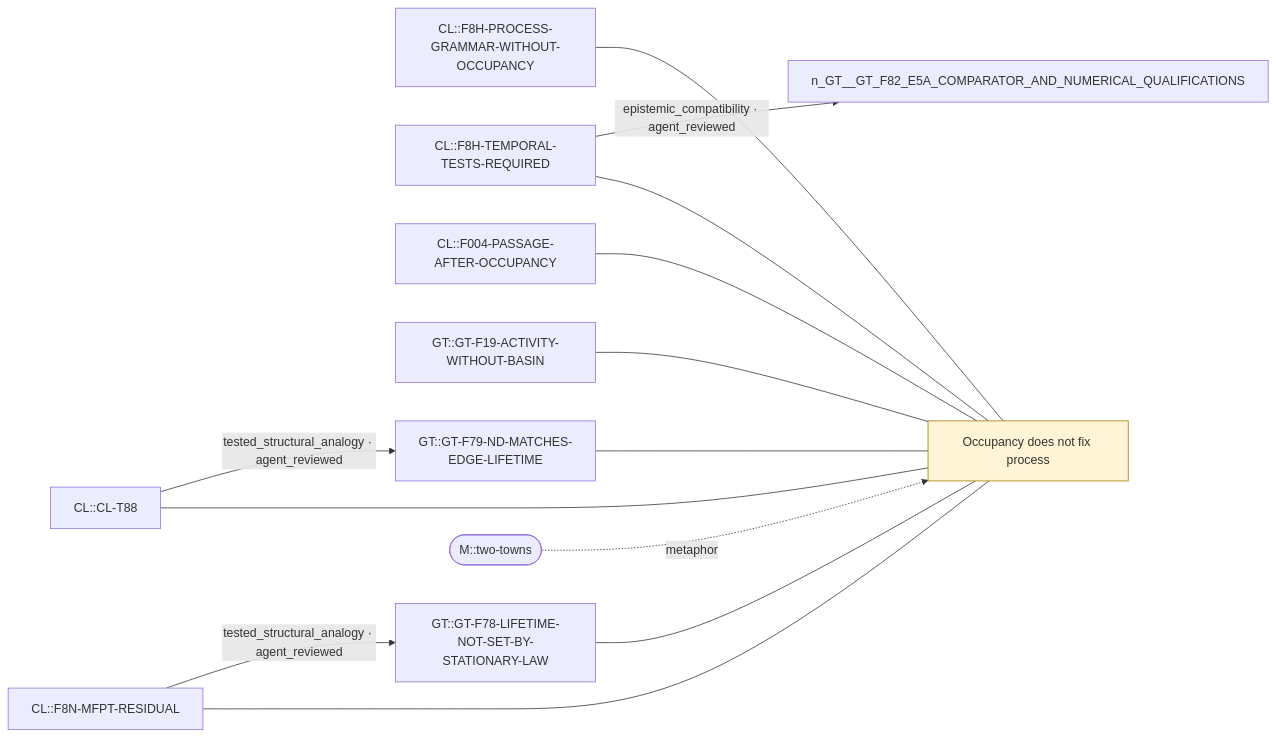
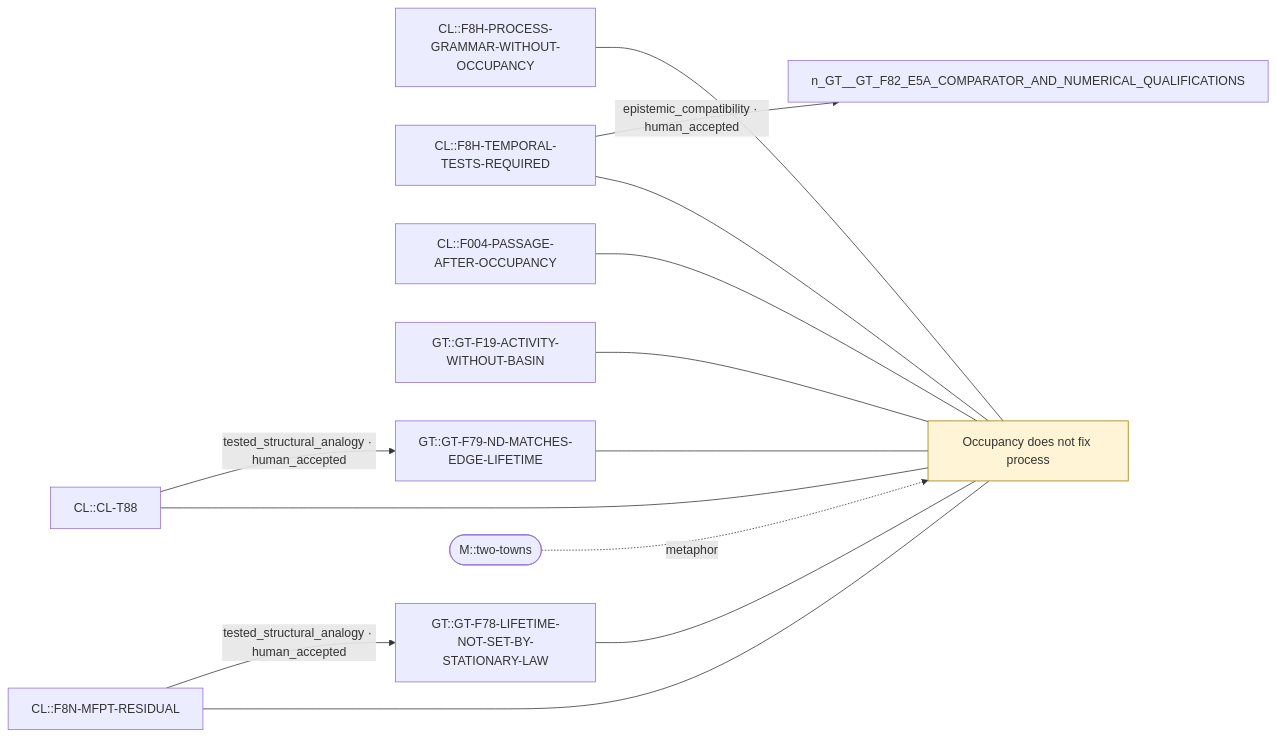
One commit to gellsmore-svg/Relational-Substrate changed the diagram in research-synthesis/generated/themes/occupancy-vs-process.mmd. Above: the diagram before and after it, drawn with Mermaid. The commit also changed 39 other files, not shown here.

```diff
--- a/research-synthesis/generated/themes/occupancy-vs-process.mmd
+++ b/research-synthesis/generated/themes/occupancy-vs-process.mmd
@@ -1,15 +1,15 @@
 graph LR
   n_C__occupancy_vs_process["Occupancy does not fix process"]:::concept
   n_CL__F8H_PROCESS_GRAMMAR_WITHOUT_OCCUPANCY["CL::F8H-PROCESS-GRAMMAR-WITHOUT-OCCUPANCY"] --- n_C__occupancy_vs_process
   n_CL__F8H_TEMPORAL_TESTS_REQUIRED["CL::F8H-TEMPORAL-TESTS-REQUIRED"] --- n_C__occupancy_vs_process
   n_CL__F004_PASSAGE_AFTER_OCCUPANCY["CL::F004-PASSAGE-AFTER-OCCUPANCY"] --- n_C__occupancy_vs_process
   n_CL__F8N_MFPT_RESIDUAL["CL::F8N-MFPT-RESIDUAL"] --- n_C__occupancy_vs_process
   n_CL__CL_T88["CL::CL-T88"] --- n_C__occupancy_vs_process
   n_GT__GT_F19_ACTIVITY_WITHOUT_BASIN["GT::GT-F19-ACTIVITY-WITHOUT-BASIN"] --- n_C__occupancy_vs_process
   n_GT__GT_F78_LIFETIME_NOT_SET_BY_STATIONARY_LAW["GT::GT-F78-LIFETIME-NOT-SET-BY-STATIONARY-LAW"] --- n_C__occupancy_vs_process
   n_GT__GT_F79_ND_MATCHES_EDGE_LIFETIME["GT::GT-F79-ND-MATCHES-EDGE-LIFETIME"] --- n_C__occupancy_vs_process
-  n_CL__F8N_MFPT_RESIDUAL -->|tested_structural_analogy · agent_reviewed| n_GT__GT_F78_LIFETIME_NOT_SET_BY_STATIONARY_LAW
-  n_CL__F8H_TEMPORAL_TESTS_REQUIRED -->|epistemic_compatibility · agent_reviewed| n_GT__GT_F82_E5A_COMPARATOR_AND_NUMERICAL_QUALIFICATIONS
-  n_CL__CL_T88 -->|tested_structural_analogy · agent_reviewed| n_GT__GT_F79_ND_MATCHES_EDGE_LIFETIME
+  n_CL__F8N_MFPT_RESIDUAL -->|tested_structural_analogy · human_accepted| n_GT__GT_F78_LIFETIME_NOT_SET_BY_STATIONARY_LAW
+  n_CL__F8H_TEMPORAL_TESTS_REQUIRED -->|epistemic_compatibility · human_accepted| n_GT__GT_F82_E5A_COMPARATOR_AND_NUMERICAL_QUALIFICATIONS
+  n_CL__CL_T88 -->|tested_structural_analogy · human_accepted| n_GT__GT_F79_ND_MATCHES_EDGE_LIFETIME
   n_M__two_towns(["M::two-towns"]) -.->|metaphor| n_C__occupancy_vs_process
   classDef concept fill:#fff4d6,stroke:#a07a00
```
